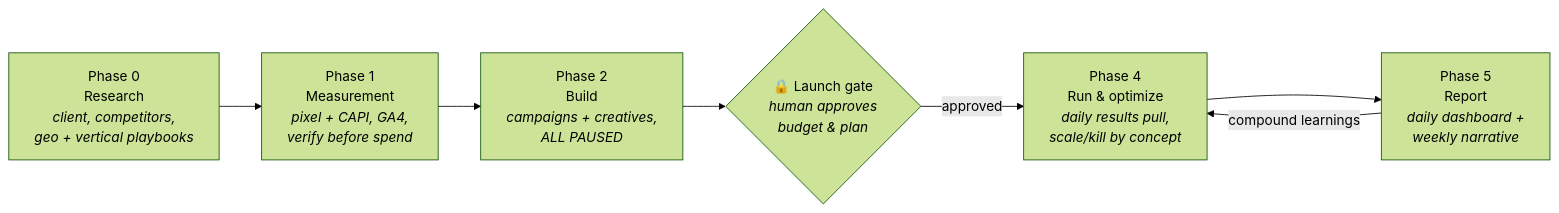
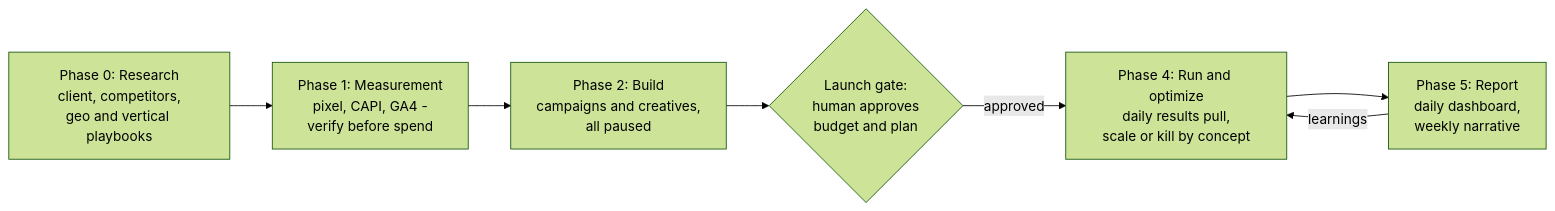
Before and after one commit to rghrmkr1993/ad-campaign-skills: the second of 2 diagrams in README.md, drawn with Mermaid (forest theme). The commit also changed other lines of this file and 1 other file, not shown here.

Commit message:
Fix mermaid diagrams: simplify labels for GitHub renderer

````diff
--- a/README.md
+++ b/README.md
@@ -65,13 +64,16 @@
 ```mermaid
 flowchart LR
-    P0["Phase 0<br/>Research<br/><i>client, competitors,<br/>geo + vertical playbooks</i>"]
-    P1["Phase 1<br/>Measurement<br/><i>pixel + CAPI, GA4,<br/>verify before spend</i>"]
-    P2["Phase 2<br/>Build<br/><i>campaigns + creatives,<br/>ALL PAUSED</i>"]
-    GATE{"🔒 Launch gate<br/><i>human approves<br/>budget & plan</i>"}
-    P4["Phase 4<br/>Run & optimize<br/><i>daily results pull,<br/>scale/kill by concept</i>"]
-    P5["Phase 5<br/>Report<br/><i>daily dashboard +<br/>weekly narrative</i>"]
+    P0["Phase 0: Research<br/>client, competitors,<br/>geo and vertical playbooks"]
+    P1["Phase 1: Measurement<br/>pixel, CAPI, GA4 -<br/>verify before spend"]
+    P2["Phase 2: Build<br/>campaigns and creatives,<br/>all paused"]
+    GATE{"Launch gate:<br/>human approves<br/>budget and plan"}
+    P4["Phase 4: Run and optimize<br/>daily results pull,<br/>scale or kill by concept"]
+    P5["Phase 5: Report<br/>daily dashboard,<br/>weekly narrative"]
 
-    P0 --> P1 --> P2 --> GATE
-    GATE -->|"approved"| P4 --> P5
-    P5 -->|"compound learnings"| P4
+    P0 --> P1
+    P1 --> P2
+    P2 --> GATE
+    GATE -->|approved| P4
+    P4 --> P5
+    P5 -->|learnings| P4
 ```
````
